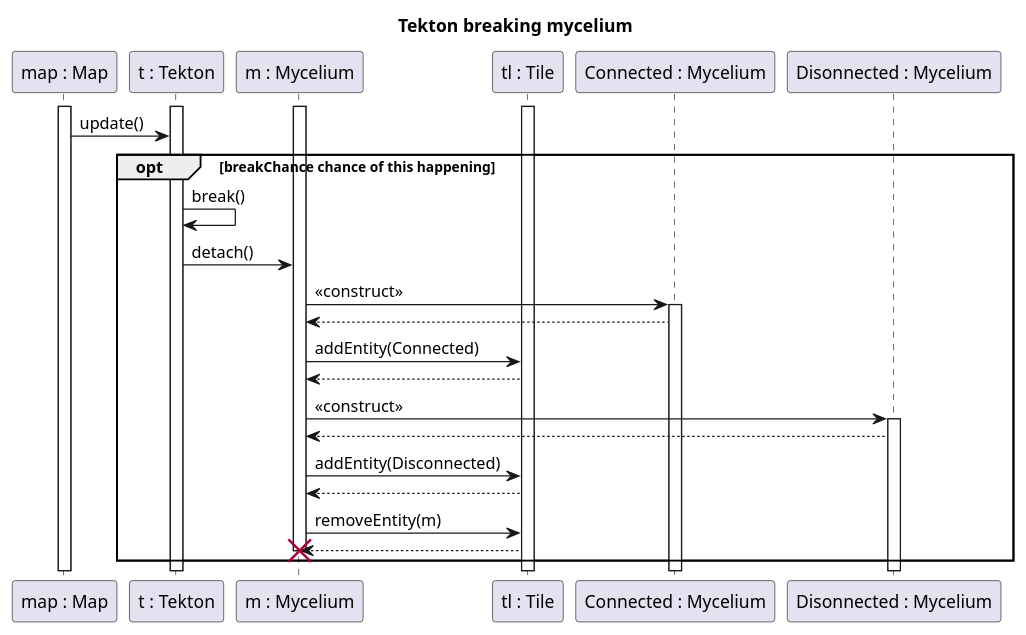
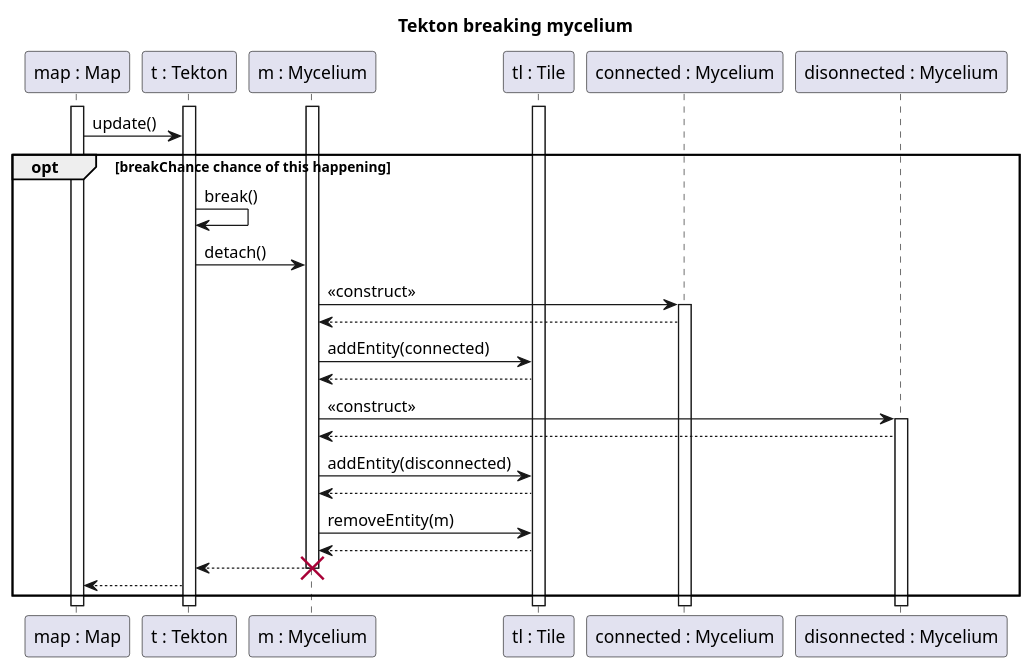
The diagram in diagrams/diagramFiles/SQ_TectonBreaksMycelium.puml (Klastiv/Projlab_nullpointerexception), drawn with PlantUML before and after one commit. The commit also changed 17 other files, not shown here.

Commit message:
SQ diagrams all small letterts and made fine

```diff
--- a/diagrams/diagramFiles/SQ_TectonBreaksMycelium.puml
+++ b/diagrams/diagramFiles/SQ_TectonBreaksMycelium.puml
@@ -1,46 +1,48 @@
 @startuml TektonBreakMycelium
 title Tekton breaking mycelium
 
 participant "map : Map" as M
 participant "t : Tekton" as T
 participant "m : Mycelium" as My
 participant "tl : Tile" as Tl
-participant "Connected : Mycelium" as Mc
-participant "Disonnected : Mycelium" as Md
+participant "connected : Mycelium" as Mc
+participant "disonnected : Mycelium" as Md
 
 
 activate T
 activate My
 activate M
 activate Tl
 
 M->T : update()
 opt breakChance chance of this happening
 T->T : break()
 T->My : detach()
 
 My->Mc : <<construct>>
 
 activate Mc
 
 Mc-->My
-My->Tl : addEntity(Connected)
+My->Tl : addEntity(connected)
 Tl --> My
 My->Md : <<construct>>
 
 activate Md
 
 Md-->My
-My->Tl : addEntity(Disconnected)
+My->Tl : addEntity(disconnected)
 Tl-->My
 
 My->Tl : removeEntity(m)
 Tl-->My
 
+My-->T
+
 destroy My
-
+T-->M
 
 end
 
 
 @enduml
```
